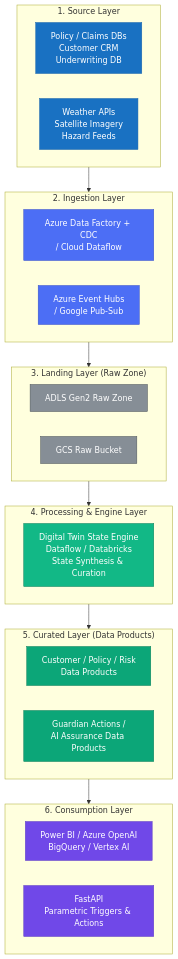
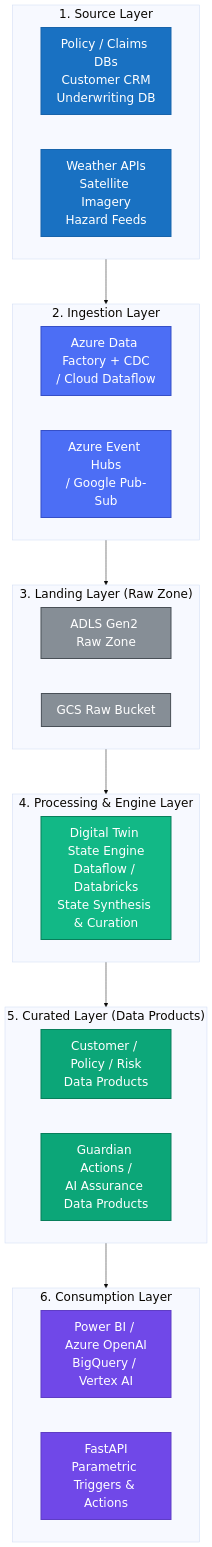
Before and after one commit to sehgalnamit/udp2-living-risk-engine: the fourth of 4 diagrams in DEPLOYMENT_GUIDE.md, drawn with Mermaid. The commit also changed other lines of this file and 7 other files, not shown here.

Commit message:
Increase Mermaid diagram font size and disable max-width for better visibility

````diff
--- a/DEPLOYMENT_GUIDE.md
+++ b/DEPLOYMENT_GUIDE.md
@@ -424,45 +427,46 @@
 ```mermaid
+%%{init: {'theme': 'base', 'themeVariables': {'fontSize': '24px'}, 'flowchart': {'useMaxWidth': false, 'nodeSpacing': 70, 'rankSpacing': 90}}}%%
 flowchart TD
-    classDef source fill:#1971C2,color:#fff,stroke:#1864AB,stroke-width:1px;
-    classDef ingest fill:#4C6EF5,color:#fff,stroke:#364FC7,stroke-width:1px;
-    classDef raw fill:#868E96,color:#fff,stroke:#495057,stroke-width:1px;
-    classDef engine fill:#12B886,color:#fff,stroke:#087F5B,stroke-width:1px;
-    classDef curated fill:#0CA678,color:#fff,stroke:#087F5B,stroke-width:1px;
-    classDef consume fill:#7048E8,color:#fff,stroke:#5F3DC4,stroke-width:1px;
+    classDef source fill:#1971C2,color:#fff,stroke:#1864AB,stroke-width:2px;
+    classDef ingest fill:#4C6EF5,color:#fff,stroke:#364FC7,stroke-width:2px;
+    classDef raw fill:#868E96,color:#fff,stroke:#495057,stroke-width:2px;
+    classDef engine fill:#12B886,color:#fff,stroke:#087F5B,stroke-width:2px;
+    classDef curated fill:#0CA678,color:#fff,stroke:#087F5B,stroke-width:2px;
+    classDef consume fill:#7048E8,color:#fff,stroke:#5F3DC4,stroke-width:2px;
 
     subgraph L1["1. Source Layer"]
         direction LR
         S1[Policy / Claims DBs\nCustomer CRM\nUnderwriting DB]:::source
         S2[Weather APIs\nSatellite Imagery\nHazard Feeds]:::source
     end
 
     subgraph L2["2. Ingestion Layer"]
         direction LR
         I1[Azure Data Factory + CDC\n/ Cloud Dataflow]:::ingest
         I2[Azure Event Hubs\n/ Google Pub-Sub]:::ingest
     end
 
     subgraph L3["3. Landing Layer (Raw Zone)"]
         direction LR
         R1[ADLS Gen2 Raw Zone]:::raw
         R2[GCS Raw Bucket]:::raw
     end
 
     subgraph L4["4. Processing & Engine Layer"]
         E1[Digital Twin State Engine\nDataflow / Databricks\nState Synthesis & Curation]:::engine
     end
 
     subgraph L5["5. Curated Layer (Data Products)"]
         direction LR
         C1[Customer / Policy / Risk\nData Products]:::curated
         C2[Guardian Actions /\nAI Assurance Data Products]:::curated
     end
 
     subgraph L6["6. Consumption Layer"]
         direction LR
         Q1[Power BI / Azure OpenAI\nBigQuery / Vertex AI]:::consume
         Q2[FastAPI\nParametric Triggers & Actions]:::consume
     end
 
     L1 --> L2 --> L3 --> L4 --> L5 --> L6
 ```
````
